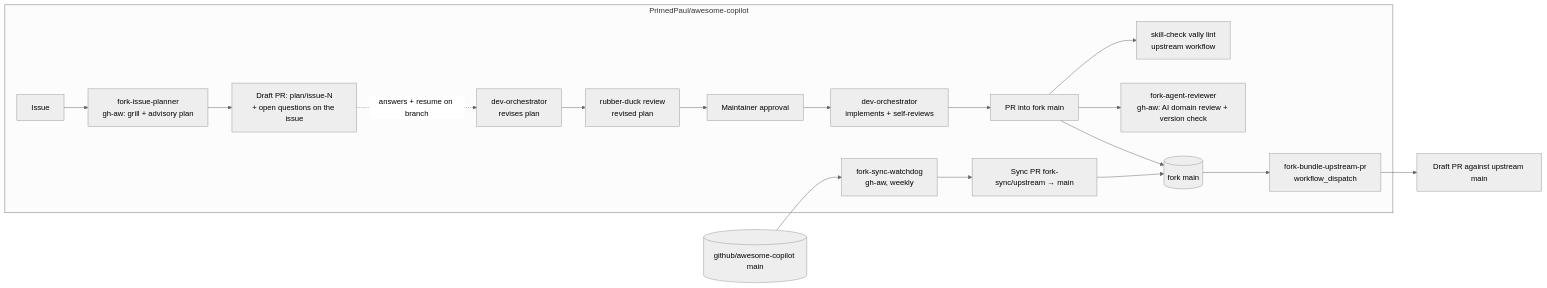
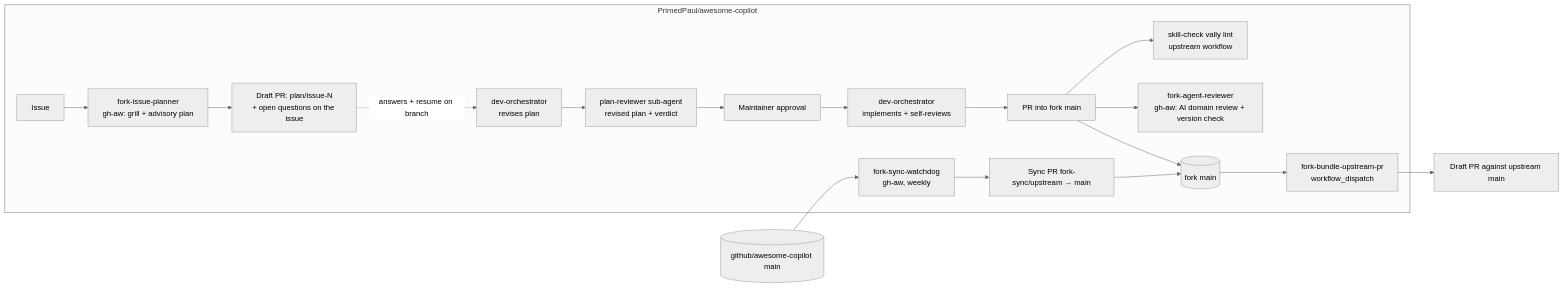
Before and after one commit to github/awesome-copilot: the diagram in .github/fork-only/README.md, drawn with Mermaid (neutral theme). The commit also changed other lines of this file and 3 other files, not shown here.

Commit message:
Define concrete plan reviewer dispatch and verdict

````diff
--- a/.github/fork-only/README.md
+++ b/.github/fork-only/README.md
@@ -13,20 +13,20 @@
 ```mermaid
 flowchart LR
   subgraph fork [PrimedPaul/awesome-copilot]
     issue[Issue] --> planner[fork-issue-planner<br/>gh-aw: grill + advisory plan]
     planner --> planpr[Draft PR: plan/issue-N<br/>+ open questions on the issue]
     planpr -.answers + resume on branch.-> orch[dev-orchestrator<br/>revises plan]
-    orch --> duck[rubber-duck review<br/>revised plan]
+    orch --> duck[plan-reviewer sub-agent<br/>revised plan + verdict]
     duck --> approval[Maintainer approval]
     approval --> impl[dev-orchestrator<br/>implements + self-reviews]
     impl --> pr[PR into fork main]
     pr --> vally[skill-check vally lint<br/>upstream workflow]
     pr --> rev[fork-agent-reviewer<br/>gh-aw: AI domain review + version check]
     pr --> main[(fork main)]
     wd[fork-sync-watchdog<br/>gh-aw, weekly] --> syncpr[Sync PR fork-sync/upstream → main]
     syncpr --> main
     main --> bundle[fork-bundle-upstream-pr<br/>workflow_dispatch]
   end
   upstream[(github/awesome-copilot main)] --> wd
   bundle --> uppr[Draft PR against upstream main]
 ```
````
